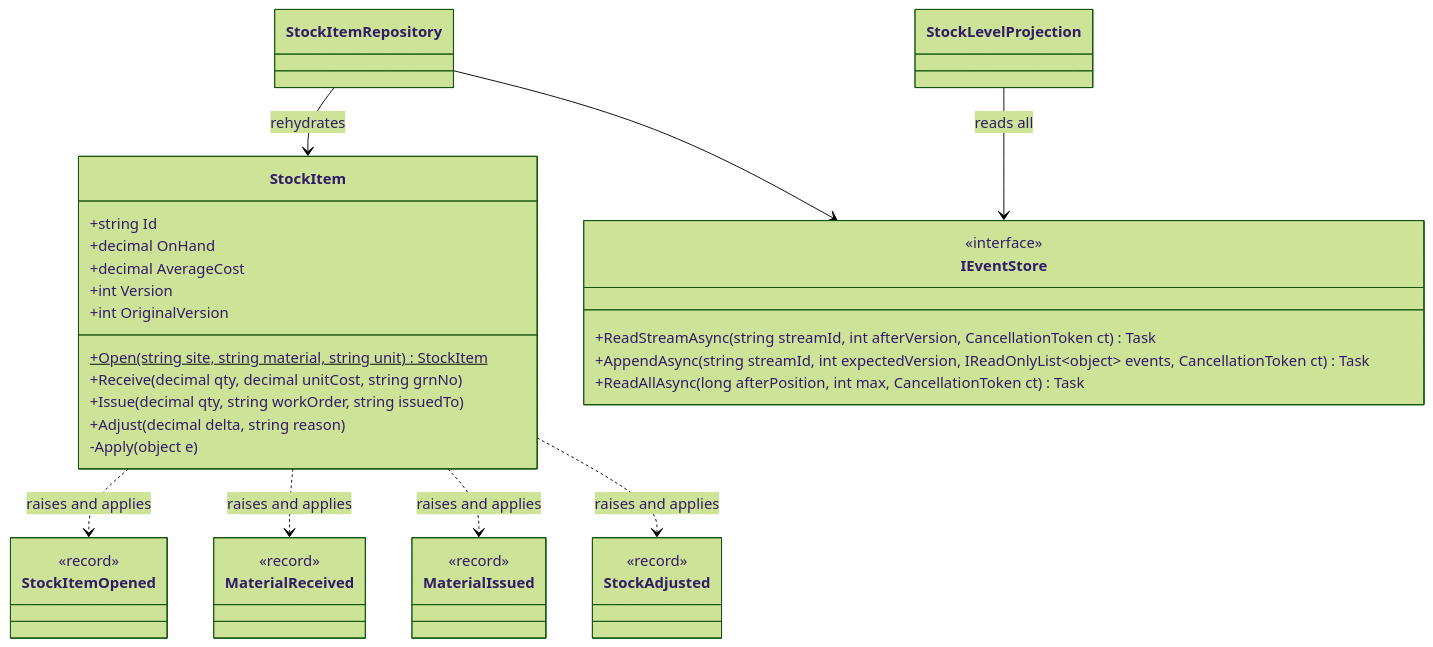
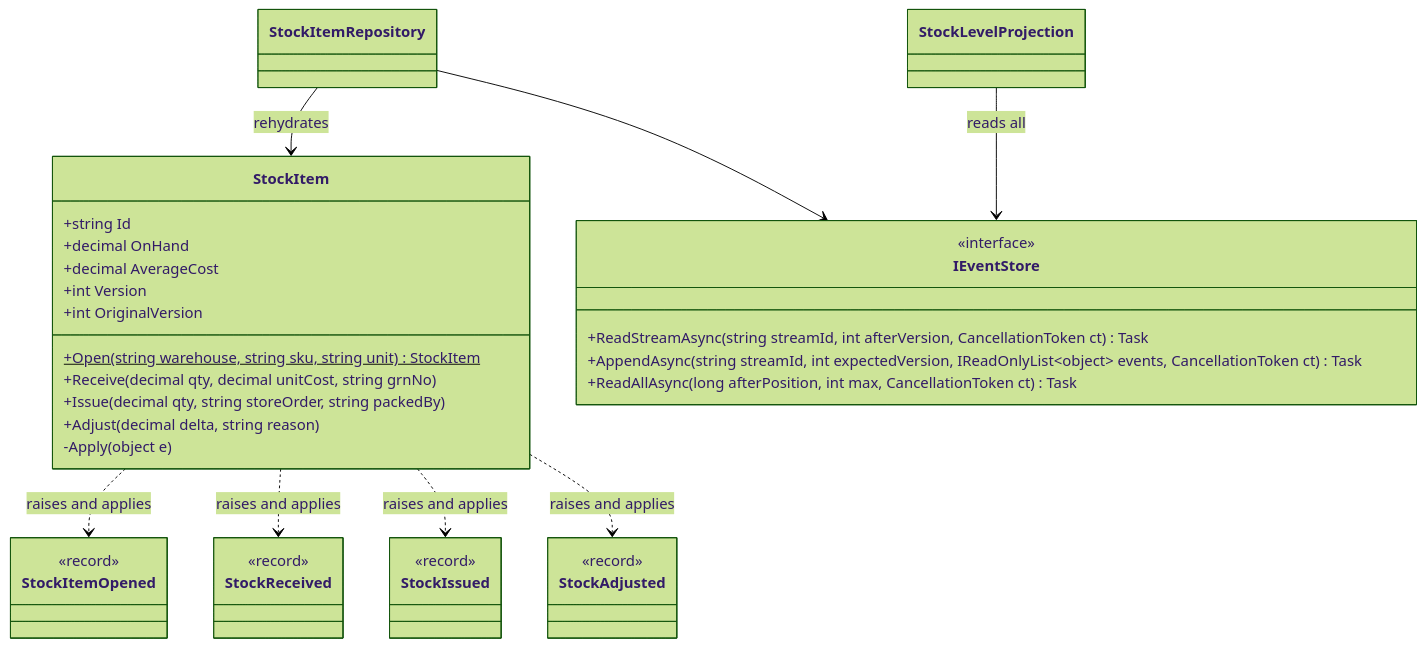
The third of 3 diagrams in content/lessons/m08/m08-event-sourcing.md (rizwi0786/system-design-lab), drawn with Mermaid (forest theme) before and after one commit. The commit also changed other lines of this file and 334 other files, not shown here.

````diff
--- a/content/lessons/m08/m08-event-sourcing.md
+++ b/content/lessons/m08/m08-event-sourcing.md
@@ -258,34 +260,34 @@
 ```mermaid
 classDiagram
     class StockItem {
         +string Id
         +decimal OnHand
         +decimal AverageCost
         +int Version
         +int OriginalVersion
-        +Open(string site, string material, string unit)$ StockItem
+        +Open(string warehouse, string sku, string unit)$ StockItem
         +Receive(decimal qty, decimal unitCost, string grnNo)
-        +Issue(decimal qty, string workOrder, string issuedTo)
+        +Issue(decimal qty, string storeOrder, string packedBy)
         +Adjust(decimal delta, string reason)
         -Apply(object e)
     }
     class StockItemOpened { <<record>> }
-    class MaterialReceived { <<record>> }
-    class MaterialIssued { <<record>> }
+    class StockReceived { <<record>> }
+    class StockIssued { <<record>> }
     class StockAdjusted { <<record>> }
     class IEventStore {
         <<interface>>
         +ReadStreamAsync(string streamId, int afterVersion, CancellationToken ct) Task
         +AppendAsync(string streamId, int expectedVersion, IReadOnlyList~object~ events, CancellationToken ct) Task
         +ReadAllAsync(long afterPosition, int max, CancellationToken ct) Task
     }
     class StockItemRepository
     class StockLevelProjection
     StockItem ..> StockItemOpened : raises and applies
-    StockItem ..> MaterialReceived : raises and applies
-    StockItem ..> MaterialIssued : raises and applies
+    StockItem ..> StockReceived : raises and applies
+    StockItem ..> StockIssued : raises and applies
     StockItem ..> StockAdjusted : raises and applies
     StockItemRepository --> IEventStore
     StockItemRepository --> StockItem : rehydrates
     StockLevelProjection --> IEventStore : reads all
 ```
````
